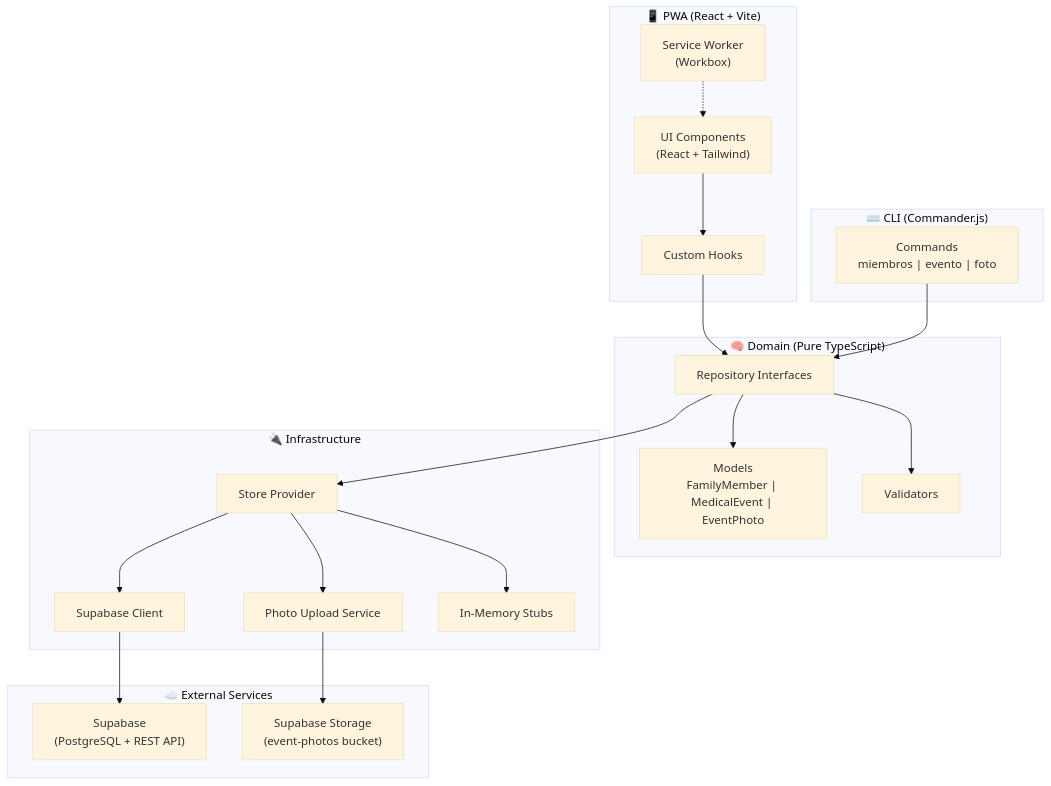
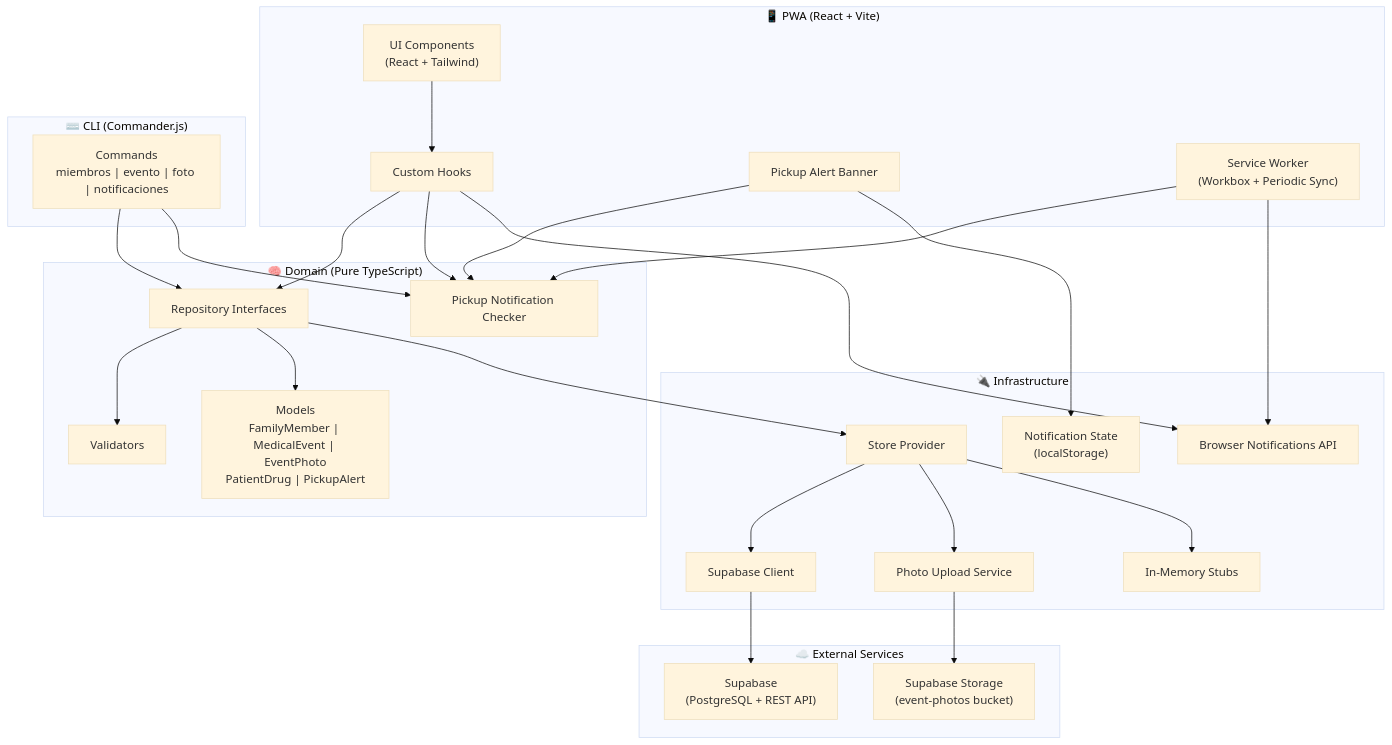
The diagram in docs/system-diagram.md (alejandroechev/medical-data-app), drawn with Mermaid (base theme) before and after one commit. The commit also changed other lines of this file and 23 other files, not shown here.

First line of the commit message:
feat: prescription pickup notifications (in-app + browser + service worker)

````diff
--- a/docs/system-diagram.md
+++ b/docs/system-diagram.md
@@ -3,43 +3,53 @@
 ```mermaid
 graph TB
     subgraph Client["📱 PWA (React + Vite)"]
         UI["UI Components<br/>(React + Tailwind)"]
         Hooks["Custom Hooks"]
-        SW["Service Worker<br/>(Workbox)"]
+        AlertBanner["Pickup Alert Banner"]
+        SW["Service Worker<br/>(Workbox + Periodic Sync)"]
     end
 
     subgraph Domain["🧠 Domain (Pure TypeScript)"]
-        Models["Models<br/>FamilyMember | MedicalEvent | EventPhoto"]
+        Models["Models<br/>FamilyMember | MedicalEvent | EventPhoto<br/>PatientDrug | PickupAlert"]
         Validators["Validators"]
         Services["Repository Interfaces"]
+        NotifChecker["Pickup Notification Checker"]
     end
 
     subgraph CLI["⌨️ CLI (Commander.js)"]
-        Commands["Commands<br/>miembros | evento | foto"]
+        Commands["Commands<br/>miembros | evento | foto | notificaciones"]
     end
 
     subgraph Infra["🔌 Infrastructure"]
         StoreProvider["Store Provider"]
         SupaClient["Supabase Client"]
         PhotoStorage["Photo Upload Service"]
         InMemory["In-Memory Stubs"]
+        NotifState["Notification State<br/>(localStorage)"]
+        BrowserNotif["Browser Notifications API"]
     end
 
     subgraph External["☁️ External Services"]
         SupabaseDB["Supabase<br/>(PostgreSQL + REST API)"]
         SupabaseStorage["Supabase Storage<br/>(event-photos bucket)"]
     end
 
     UI --> Hooks
     Hooks --> Services
+    Hooks --> NotifChecker
+    AlertBanner --> NotifChecker
+    AlertBanner --> NotifState
     Commands --> Services
+    Commands --> NotifChecker
     Services --> Validators
     Services --> Models
     Services --> StoreProvider
     StoreProvider --> SupaClient
     StoreProvider --> PhotoStorage
     StoreProvider --> InMemory
     SupaClient --> SupabaseDB
     PhotoStorage --> SupabaseStorage
-    SW -.-> UI
+    SW --> NotifChecker
+    SW --> BrowserNotif
+    Hooks --> BrowserNotif
 ```
````
